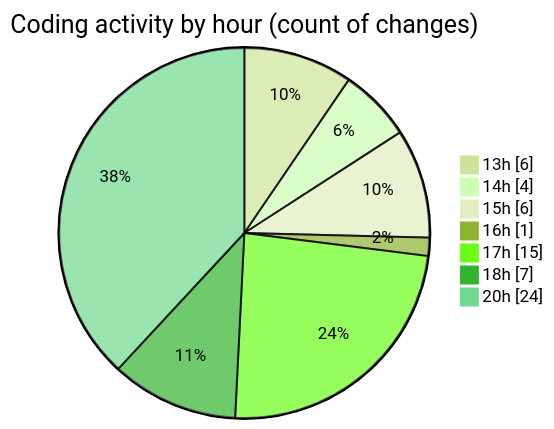
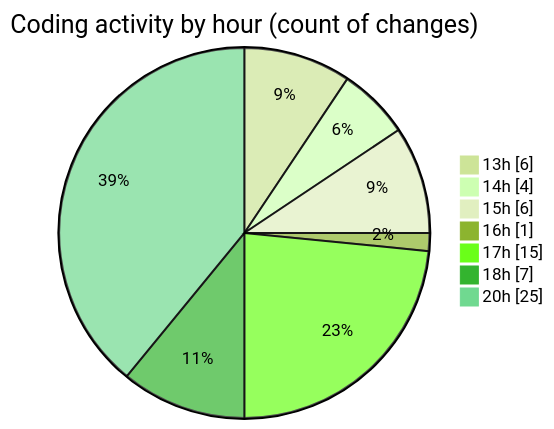
The second of 2 diagrams in 2025-05-17/niten/README.md (Elitesun/code-tracking), drawn with Mermaid (forest theme) before and after one commit. The commit also changed other lines of this file and 1 other file, not shown here.

````diff
--- a/2025-05-17/niten/README.md
+++ b/2025-05-17/niten/README.md
@@ -50,11 +50,11 @@
 ```mermaid
 pie showData
 title Coding activity by hour (count of changes)
 "13h" : 6
 "14h" : 4
 "15h" : 6
 "16h" : 1
 "17h" : 15
 "18h" : 7
-"20h" : 24
+"20h" : 25
 ```
````
